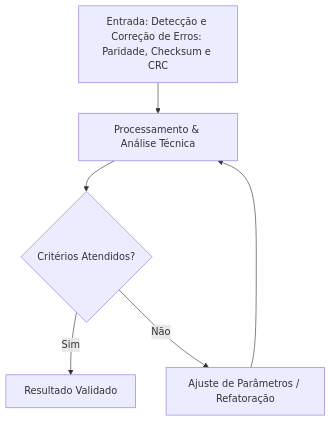
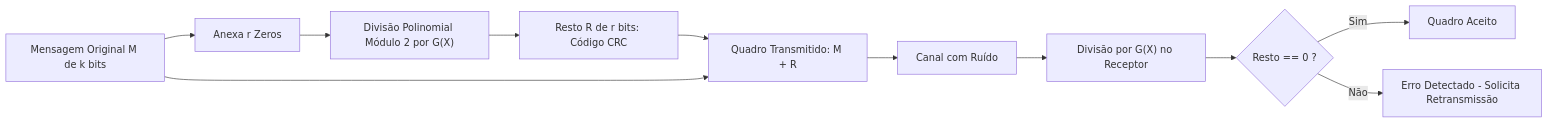
Before and after one commit to pedroiff0/page: the diagram in content/pt-br/resource/Engenharia de Computação/6-periodo/comunicacao-de-dados/anotacoes/aula-11-deteccao-e-correcao-de-erros-paridade-checksum-e-crc.md, drawn with Mermaid. The commit also changed other lines of this file and 826 other files, not shown here.

````diff
--- a/content/pt-br/resource/Engenharia de Computação/6-periodo/comunicacao-de-dados/anotacoes/aula-11-deteccao-e-correcao-de-erros-paridade-checksum-e-crc.md
+++ b/content/pt-br/resource/Engenharia de Computação/6-periodo/comunicacao-de-dados/anotacoes/aula-11-deteccao-e-correcao-de-erros-paridade-checksum-e-crc.md
@@ -74,8 +101,12 @@
 ```mermaid
-flowchart TD
-    A[Entrada: Detecção e Correção de Erros: Paridade, Checksum e CRC] --> B[Processamento & Análise Técnica]
-    B --> C{Critérios Atendidos?}
-    C -- Sim --> D[Resultado Validado]
-    C -- Não --> E[Ajuste de Parâmetros / Refatoração]
-    E --> B
+flowchart LR
+    Msg[Mensagem Original M de k bits] --> Append[Anexa r Zeros]
+    Append --> Div["Divisão Polinomial Módulo 2 por G(X)"]
+    Div --> Rem[Resto R de r bits: Código CRC]
+    Rem & Msg --> Frame[Quadro Transmitido: M + R]
+    Frame --> Canal[Canal com Ruído]
+    Canal --> RxDiv["Divisão por G(X) no Receptor"]
+    RxDiv --> Check{Resto == 0 ?}
+    Check -- Sim --> Accept[Quadro Aceito]
+    Check -- Não --> Discard[Erro Detectado - Solicita Retransmissão]
 ```
````
